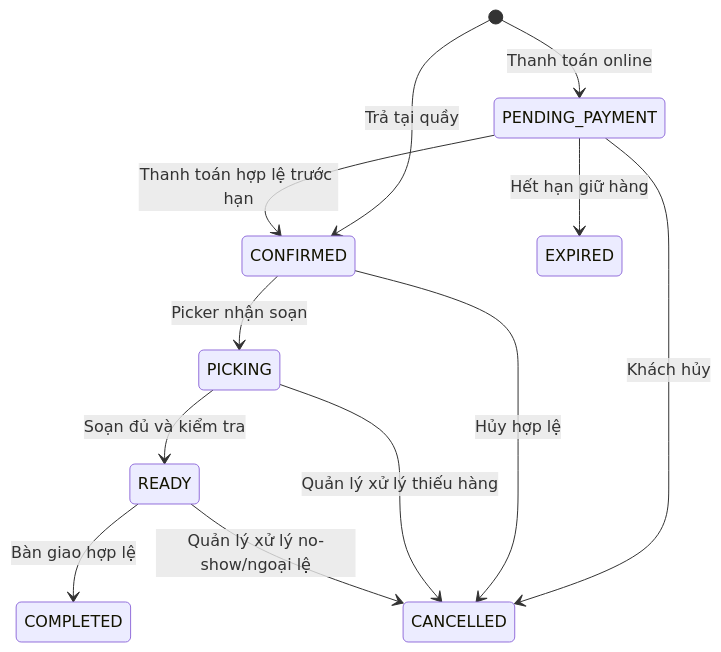
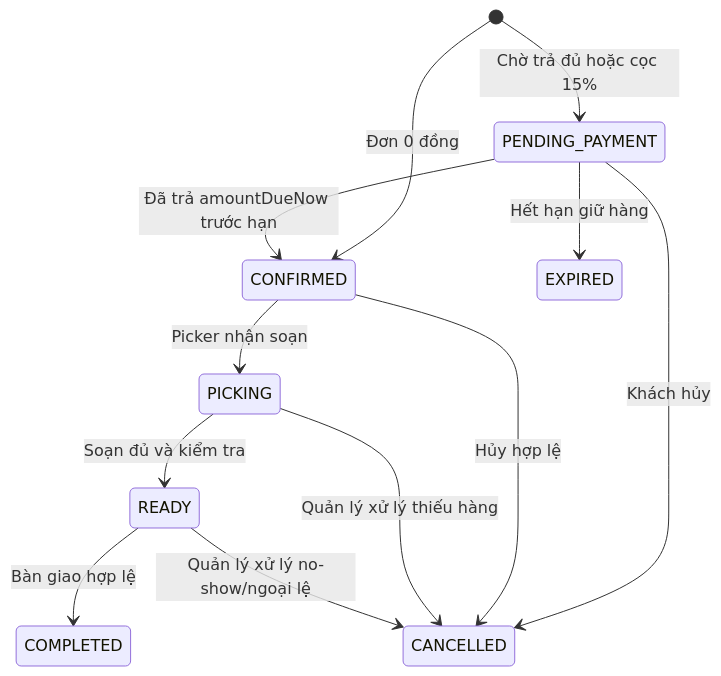
Before and after one commit to DuongVanViet/ShopGo: the diagram in docs/02-kien-truc/luong-nghiep-vu.md, drawn with Mermaid. The commit also changed other lines of this file and 79 other files, not shown here.

````diff
--- a/docs/02-kien-truc/luong-nghiep-vu.md
+++ b/docs/02-kien-truc/luong-nghiep-vu.md
@@ -16,14 +16,14 @@
 ```mermaid
 stateDiagram-v2
-  [*] --> PENDING_PAYMENT: Thanh toán online
-  [*] --> CONFIRMED: Trả tại quầy
-  PENDING_PAYMENT --> CONFIRMED: Thanh toán hợp lệ trước hạn
+  [*] --> PENDING_PAYMENT: Chờ trả đủ hoặc cọc 15%
+  [*] --> CONFIRMED: Đơn 0 đồng
+  PENDING_PAYMENT --> CONFIRMED: Đã trả amountDueNow trước hạn
   PENDING_PAYMENT --> EXPIRED: Hết hạn giữ hàng
   PENDING_PAYMENT --> CANCELLED: Khách hủy
   CONFIRMED --> PICKING: Picker nhận soạn
   CONFIRMED --> CANCELLED: Hủy hợp lệ
   PICKING --> READY: Soạn đủ và kiểm tra
   PICKING --> CANCELLED: Quản lý xử lý thiếu hàng
   READY --> COMPLETED: Bàn giao hợp lệ
   READY --> CANCELLED: Quản lý xử lý no-show/ngoại lệ
 ```
````
